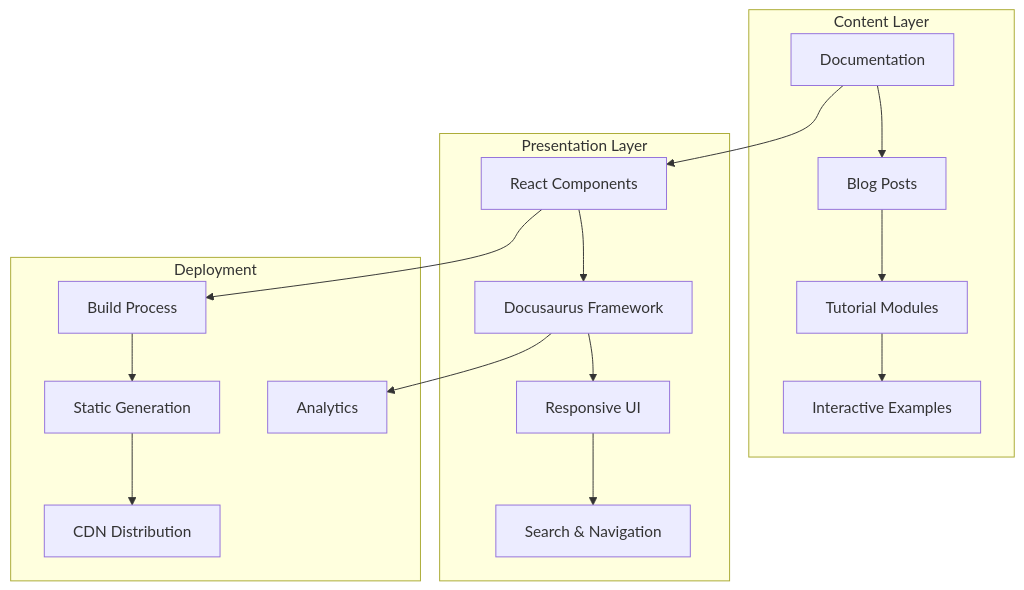
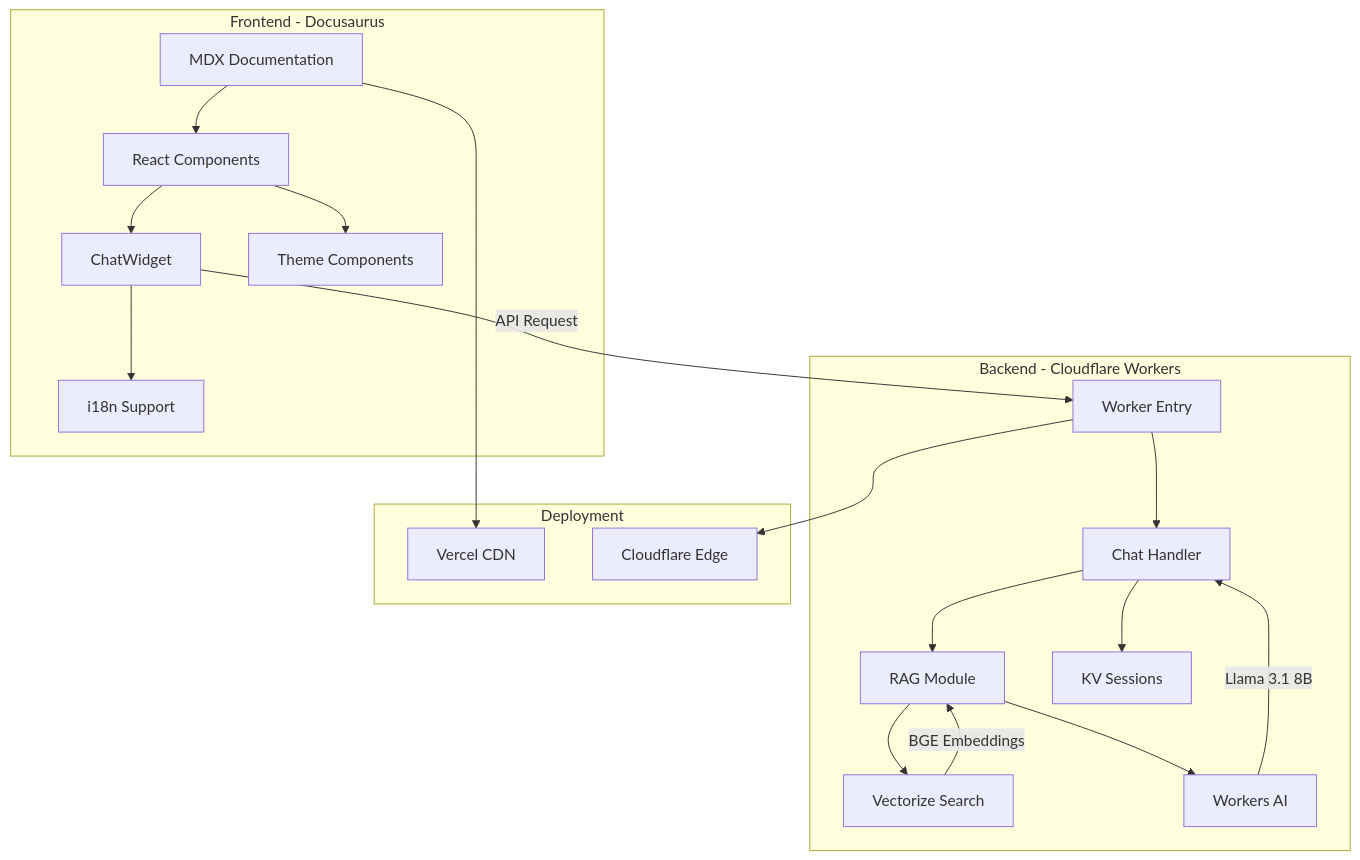
Before and after one commit to ChanMeng666/ai-programming-teaching-project: the second of 4 diagrams in README.md, drawn with Mermaid. The commit also changed other lines of this file, not shown here.

First line of the commit message:
docs: update README with AI chat feature and Cloudflare Workers architecture

````diff
--- a/README.md
+++ b/README.md
@@ -289,27 +337,28 @@
 ```mermaid
 graph TB
-    subgraph "Content Layer"
-        A[Documentation] --> B[Blog Posts]
-        B --> C[Tutorial Modules]
-        C --> D[Interactive Examples]
+    subgraph "Frontend - Docusaurus"
+        A[MDX Documentation] --> B[React Components]
+        B --> C[ChatWidget]
+        B --> D[Theme Components]
+        C --> E[i18n Support]
     end
-    
-    subgraph "Presentation Layer"
-        E[React Components] --> F[Docusaurus Framework]
-        F --> G[Responsive UI]
-        G --> H[Search & Navigation]
+
+    subgraph "Backend - Cloudflare Workers"
+        F[Worker Entry] --> G[Chat Handler]
+        G --> H[RAG Module]
+        H --> I[Vectorize Search]
+        H --> J[Workers AI]
+        G --> K[KV Sessions]
     end
-    
+
     subgraph "Deployment"
-        I[Build Process]
-        J[Static Generation]
-        K[CDN Distribution]
-        L[Analytics]
+        L[Vercel CDN]
+        M[Cloudflare Edge]
     end
-    
-    A --> E
-    E --> I
-    I --> J
-    J --> K
-    F --> L
+
+    C -->|API Request| F
+    J -->|Llama 3.1 8B| G
+    I -->|BGE Embeddings| H
+    A --> L
+    F --> M
 ```
````
